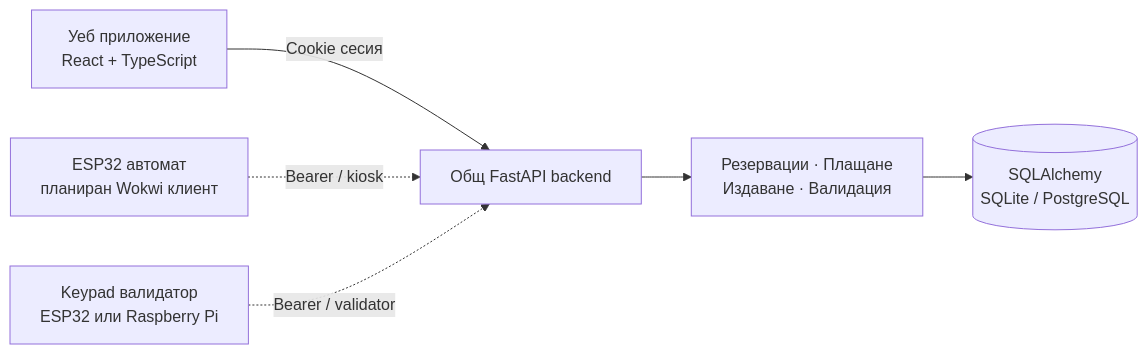
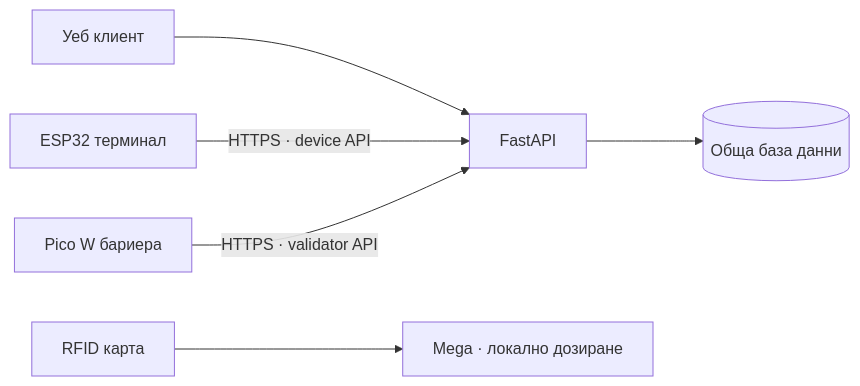
One commit to Di-Boss/Pukankov changed the diagram in README.md. Above: the diagram before and after it, drawn with Mermaid. The commit also changed other lines of this file and 28 other files, not shown here.

````diff
--- a/README.md
+++ b/README.md
@@ -76,8 +16,8 @@
 ```mermaid
 flowchart LR
-    WEB[Уеб приложение<br/>React + TypeScript] -->|Cookie сесия| API[Общ FastAPI backend]
-    KIOSK[ESP32 автомат<br/>планиран Wokwi клиент] -.->|Bearer / kiosk| API
-    ENTRY[Keypad валидатор<br/>ESP32 или Raspberry Pi] -.->|Bearer / validator| API
-    API --> SERVICES[Резервации · Плащане<br/>Издаване · Валидация]
-    SERVICES --> DB[(SQLAlchemy<br/>SQLite / PostgreSQL)]
+    Web[Уеб клиент] --> API[FastAPI]
+    Kiosk[ESP32 терминал] -->|HTTPS · device API| API
+    Gate[Pico W бариера] -->|HTTPS · validator API| API
+    API --> DB[(Обща база данни)]
+    RFID[RFID карта] --> Vending[Mega · локално дозиране]
 ```
````
